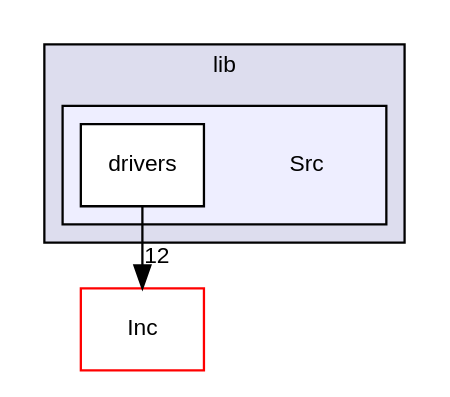
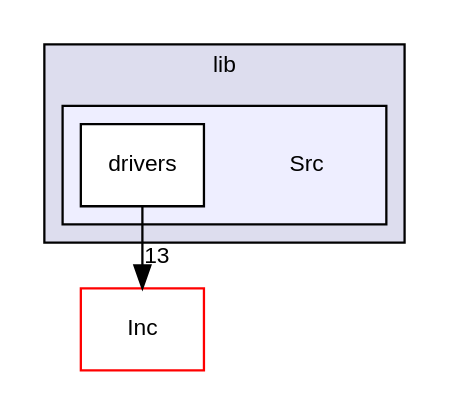
The diagram in dir_e9c6d8553f950e4cdb30b7b097603f77_dep.dot (RoboJackets/robocup-firmware), drawn with Graphviz before and after one commit. The commit also changed 690 other files, not shown here.

```diff
--- a/dir_e9c6d8553f950e4cdb30b7b097603f77_dep.dot
+++ b/dir_e9c6d8553f950e4cdb30b7b097603f77_dep.dot
@@ -1,15 +1,15 @@
 digraph "/home/developer/robocup-firmware/robot/lib/Src" {
   compound=true
   node [ fontsize="10", fontname="Helvetica"];
   edge [ labelfontsize="10", labelfontname="Helvetica"];
   subgraph clusterdir_bce75092e74c8e5afefc19c24a06f395 {
     graph [ bgcolor="#ddddee", pencolor="black", label="lib" fontname="Helvetica", fontsize="10", URL="dir_bce75092e74c8e5afefc19c24a06f395.html"]
   subgraph clusterdir_e9c6d8553f950e4cdb30b7b097603f77 {
     graph [ bgcolor="#eeeeff", pencolor="black", label="" URL="dir_e9c6d8553f950e4cdb30b7b097603f77.html"];
     dir_e9c6d8553f950e4cdb30b7b097603f77 [shape=plaintext label="Src"];
     dir_265a2794f923e04fa084582d58cb6f83 [shape=box label="drivers" color="black" fillcolor="white" style="filled" URL="dir_265a2794f923e04fa084582d58cb6f83.html"];
   }
   }
   dir_a894177cf49d69402f578056eb4872c3 [shape=box label="Inc" fillcolor="white" style="filled" color="red" URL="dir_a894177cf49d69402f578056eb4872c3.html"];
-  dir_265a2794f923e04fa084582d58cb6f83->dir_a894177cf49d69402f578056eb4872c3 [headlabel="12", labeldistance=1.5 headhref="dir_000024_000014.html"];
+  dir_265a2794f923e04fa084582d58cb6f83->dir_a894177cf49d69402f578056eb4872c3 [headlabel="13", labeldistance=1.5 headhref="dir_000024_000014.html"];
 }
```
